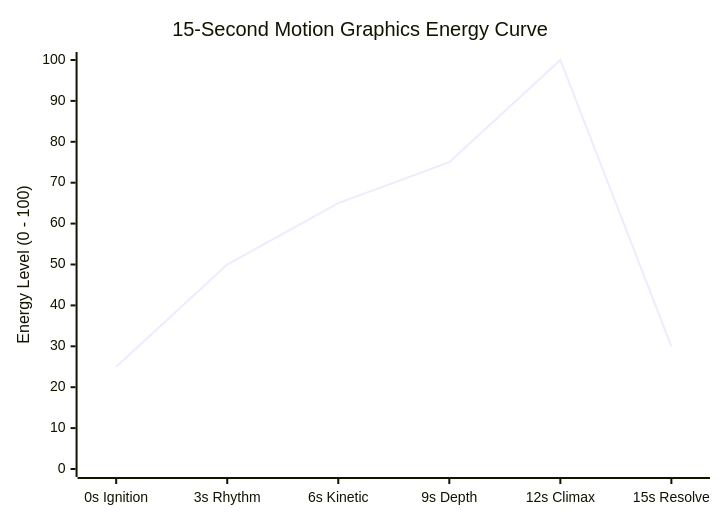
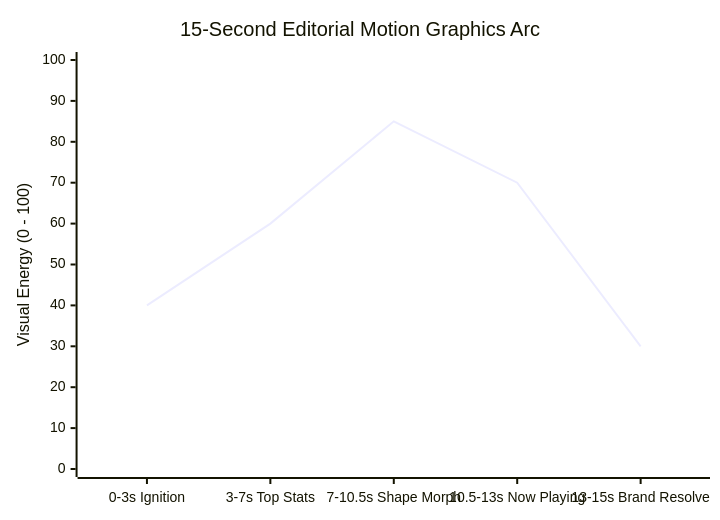
One commit to gnustella-lab/procedural-motion-graphics changed the diagram in references/creative-direction-and-pacing.md. Above: the diagram before and after it, drawn with Mermaid. The commit also changed other lines of this file and 14 other files, not shown here.

Commit message:
feat: add flat wrapped editorial motion pillar with SSAA Pen, spring physics, and polar morphing

````diff
--- a/references/creative-direction-and-pacing.md
+++ b/references/creative-direction-and-pacing.md
@@ -11,7 +59,7 @@
 ```mermaid
 xychart-beta
-    title "15-Second Motion Graphics Energy Curve"
-    x-axis ["0s Ignition", "3s Rhythm", "6s Kinetic", "9s Depth", "12s Climax", "15s Resolve"]
-    y-axis "Energy Level (0 - 100)" 0 --> 100
-    line [25, 50, 65, 75, 100, 30]
+    title "15-Second Editorial Motion Graphics Arc"
+    x-axis ["0-3s Ignition", "3-7s Top Stats", "7-10.5s Shape Morph", "10.5-13s Now Playing", "13-15s Brand Resolve"]
+    y-axis "Visual Energy (0 - 100)" 0 --> 100
+    line [40, 60, 85, 70, 30]
 ```
````
